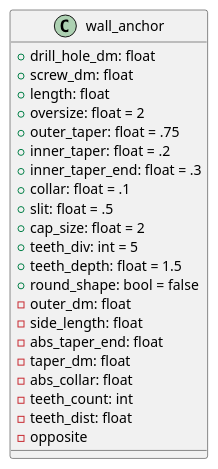
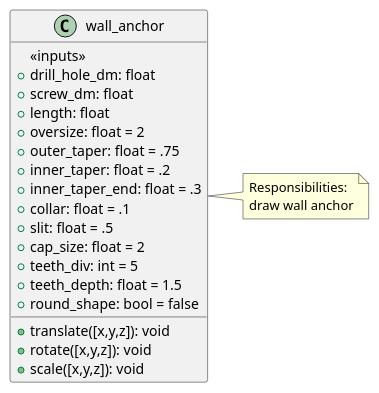
The second of 4 diagrams in masOpenScad/documentation.md (lj314159/openScad), drawn with PlantUML before and after one commit. The commit also changed other lines of this file and 1 other file, not shown here.

````diff
--- a/masOpenScad/documentation.md
+++ b/masOpenScad/documentation.md
@@ -19,27 +20,27 @@
 ```puml
 @startuml
 class wall_anchor {
+    <<inputs>>
     +drill_hole_dm: float
     +screw_dm: float
     +length: float
     +oversize: float = 2
     +outer_taper: float = .75
     +inner_taper: float = .2
     +inner_taper_end: float = .3
     +collar: float = .1
     +slit: float = .5
     +cap_size: float = 2
     +teeth_div: int = 5
     +teeth_depth: float = 1.5
     +round_shape: bool = false
-    -outer_dm: float
-    -side_length: float
-    -abs_taper_end: float
-    -taper_dm: float
-    -abs_collar: float
-    -teeth_count: int
-    -teeth_dist: float
-    -opposite
+    +translate([x,y,z]): void
+    +rotate([x,y,z]): void
+    +scale([x,y,z]): void
 }
+note right of wall_anchor
+Responsibilities:
+draw wall anchor
+end note
 @enduml
 ```
````
